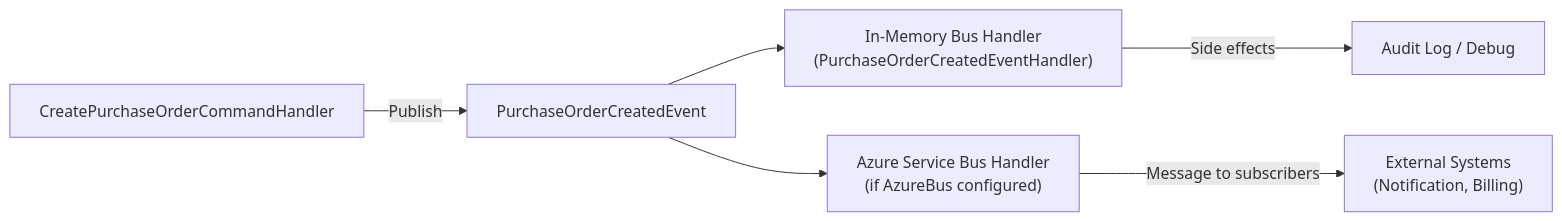
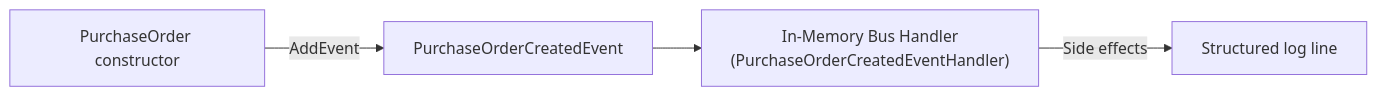
Before and after one commit to baoduy/DKNet.Templates: the fourth of 4 diagrams in .github/skills/dknet-feature-documentation/SKILL.md, drawn with Mermaid. The commit also changed other lines of this file and 49 other files, not shown here.

````diff
--- a/.github/skills/dknet-feature-documentation/SKILL.md
+++ b/.github/skills/dknet-feature-documentation/SKILL.md
@@ -295,10 +314,8 @@
 ```mermaid
 graph LR
-    HDL["CreatePurchaseOrderCommandHandler"] -->|Publish| EVT["PurchaseOrderCreatedEvent"]
+    HDL["PurchaseOrder constructor"] -->|AddEvent| EVT["PurchaseOrderCreatedEvent"]
 
     EVT --> MEM["In-Memory Bus Handler\n(PurchaseOrderCreatedEventHandler)"]
-    EVT --> AZ["Azure Service Bus Handler\n(if AzureBus configured)"]
 
-    MEM -->|Side effects| LOG["Audit Log / Debug"]
-    AZ -->|Message to subscribers| EXT["External Systems\n(Notification, Billing)"]
+    MEM -->|Side effects| LOG["Structured log line"]
 ```
````
